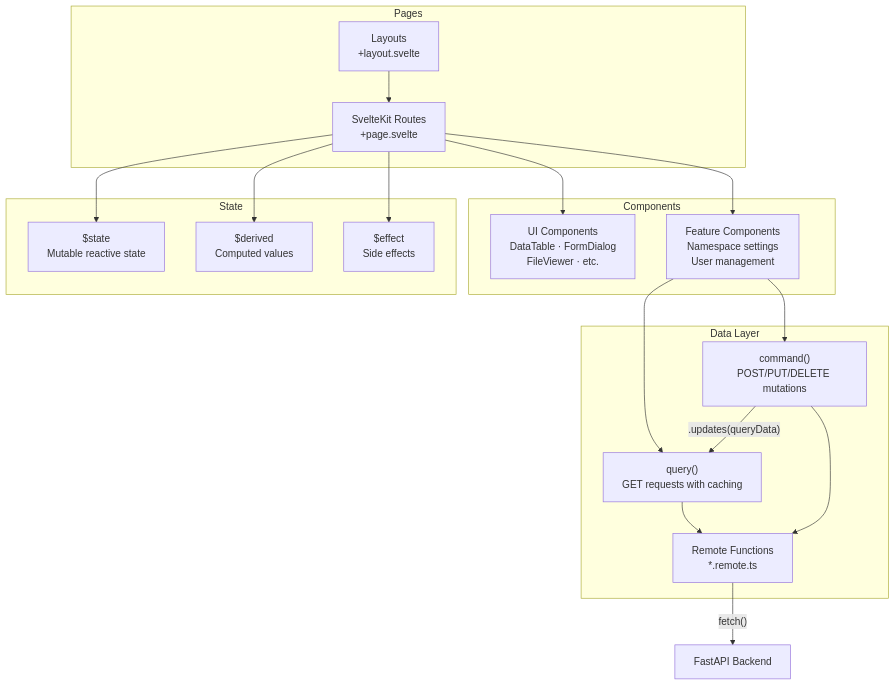
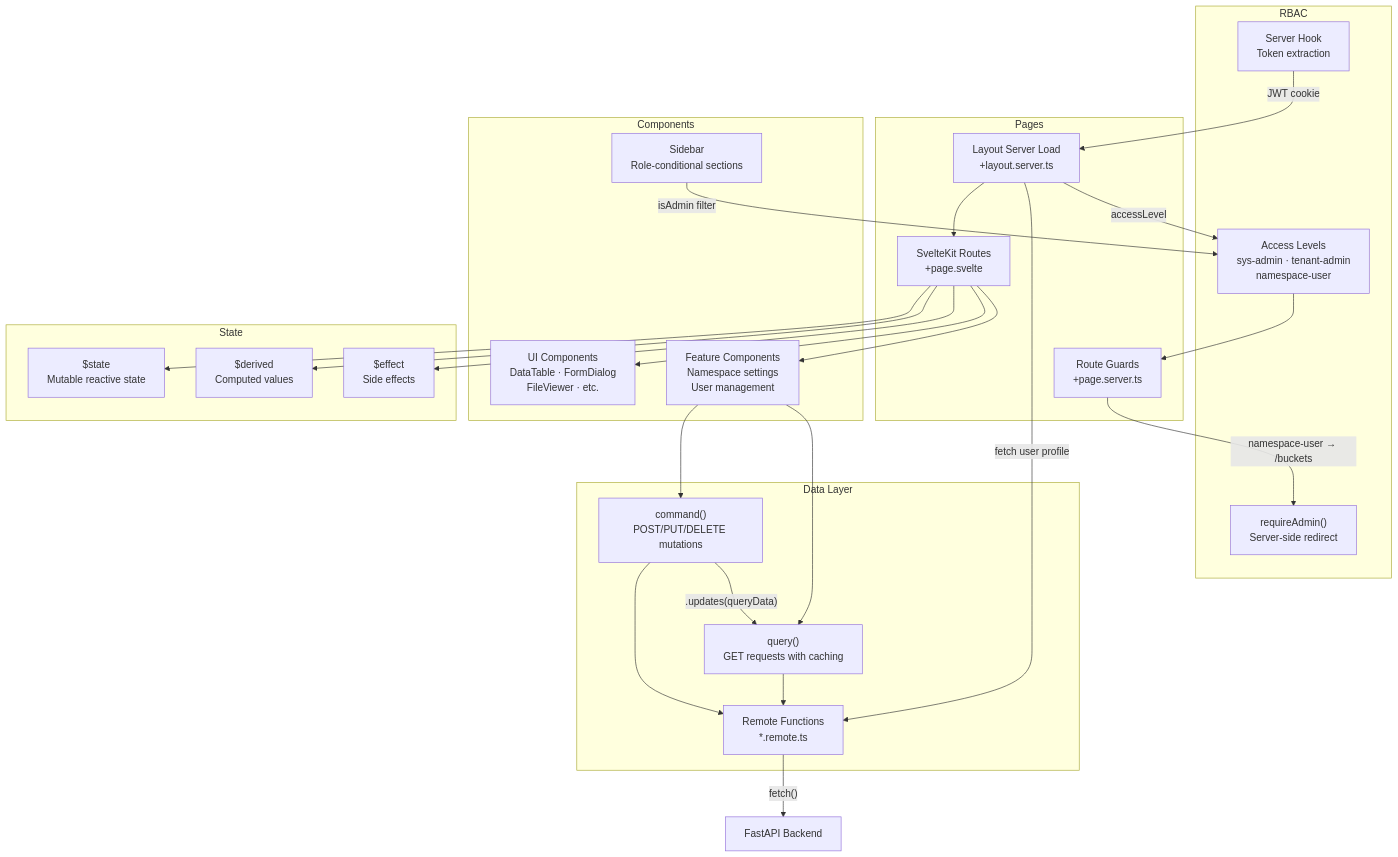
One commit to AI-Riksarkivet/ra-hcp changed the fifth of 8 diagrams in docs/architecture/index.md. Above: the diagram before and after it, drawn with Mermaid. The commit also changed other lines of this file and 3 other files, not shown here.

First line of the commit message:
docs: add RBAC and S3 data-plane sections to architecture docs

````diff
--- a/docs/architecture/index.md
+++ b/docs/architecture/index.md
@@ -205,37 +243,51 @@
 ```mermaid
 graph TD
     subgraph "Pages"
         P["SvelteKit Routes<br/>+page.svelte"]
-        L["Layouts<br/>+layout.svelte"]
+        L["Layout Server Load<br/>+layout.server.ts"]
+        G["Route Guards<br/>+page.server.ts"]
+    end
+
+    subgraph "RBAC"
+        HOOK["Server Hook<br/>Token extraction"]
+        AL["Access Levels<br/>sys-admin · tenant-admin<br/>namespace-user"]
+        GUARD["requireAdmin()<br/>Server-side redirect"]
     end
 
     subgraph "Components"
         UI["UI Components<br/>DataTable · FormDialog<br/>FileViewer · etc."]
         FEAT["Feature Components<br/>Namespace settings<br/>User management"]
+        SIDE["Sidebar<br/>Role-conditional sections"]
     end
 
     subgraph "Data Layer"
         Q["query()<br/>GET requests with caching"]
         C["command()<br/>POST/PUT/DELETE mutations"]
         REM["Remote Functions<br/>*.remote.ts"]
     end
 
     subgraph "State"
         ST["$state<br/>Mutable reactive state"]
         DER["$derived<br/>Computed values"]
         EFF["$effect<br/>Side effects"]
     end
 
+    HOOK -->|"JWT cookie"| L
+    L -->|"fetch user profile"| REM
+    L -->|"accessLevel"| AL
+    AL --> G
+    G -->|"namespace-user → /buckets"| GUARD
+    L --> P
     P --> UI
     P --> FEAT
-    L --> P
+    SIDE -->|"isAdmin filter"| AL
     FEAT --> Q
     FEAT --> C
     Q --> REM
     C --> REM
     REM -->|"fetch()"| API2["FastAPI Backend"]
     P --> ST
     P --> DER
     P --> EFF
     C -->|".updates(queryData)"| Q
 ```
````
